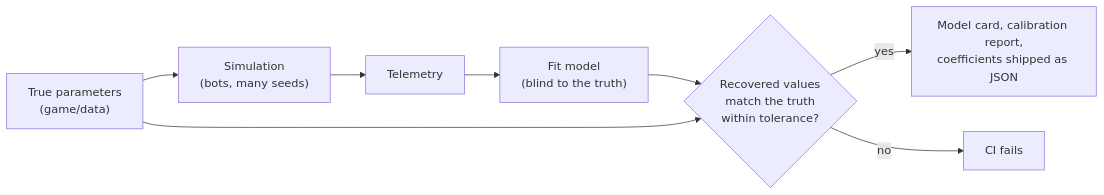
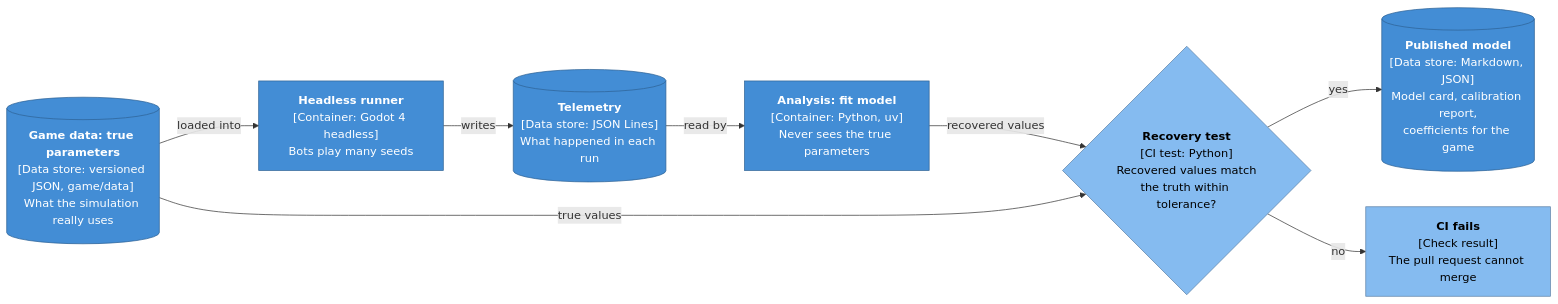
One commit to Huntling94/tallow changed the seventh of 7 diagrams in docs/architecture/overview.md. Above: the diagram before and after it, drawn with Mermaid. The commit also changed other lines of this file and 12 other files, not shown here.

First line of the commit message:
fix: catch-up review of docs merged in #10, and fail the check on post-review files (#12)

````diff
--- a/docs/architecture/overview.md
+++ b/docs/architecture/overview.md
@@ -213,10 +232,17 @@
 ```mermaid
 flowchart LR
-    truth["True parameters<br/>(game/data)"] --> sim["Simulation<br/>(bots, many seeds)"]
-    sim --> tel["Telemetry"]
-    tel --> fit["Fit model<br/>(blind to the truth)"]
-    fit --> check{"Recovered values<br/>match the truth<br/>within tolerance?"}
-    truth --> check
-    check -- "yes" --> ship["Model card, calibration report,<br/>coefficients shipped as JSON"]
-    check -- "no" --> fail["CI fails"]
+    truth[("<b>Game data: true parameters</b><br/>[Data store: versioned JSON, game/data]<br/>What the simulation really uses")] -- "loaded into" --> sim["<b>Headless runner</b><br/>[Container: Godot 4 headless]<br/>Bots play many seeds"]
+    sim -- "writes" --> tel[("<b>Telemetry</b><br/>[Data store: JSON Lines]<br/>What happened in each run")]
+    tel -- "read by" --> fit["<b>Analysis: fit model</b><br/>[Container: Python, uv]<br/>Never sees the true parameters"]
+    fit -- "recovered values" --> check{"<b>Recovery test</b><br/>[CI test: Python]<br/>Recovered values match<br/>the truth within tolerance?"}
+    truth -- "true values" --> check
+    check -- "yes" --> ship[("<b>Published model</b><br/>[Data store: Markdown, JSON]<br/>Model card, calibration report,<br/>coefficients for the game")]
+    check -- "no" --> fail["<b>CI fails</b><br/>[Check result]<br/>The pull request cannot merge"]
+
+    classDef container fill:#438dd5,color:#fff,stroke:#2e6295
+    classDef store fill:#438dd5,color:#fff,stroke:#2e6295
+    classDef test fill:#85bbf0,color:#000,stroke:#5d82a8
+    class sim,fit container
+    class truth,tel,ship store
+    class check,fail test
 ```
````
